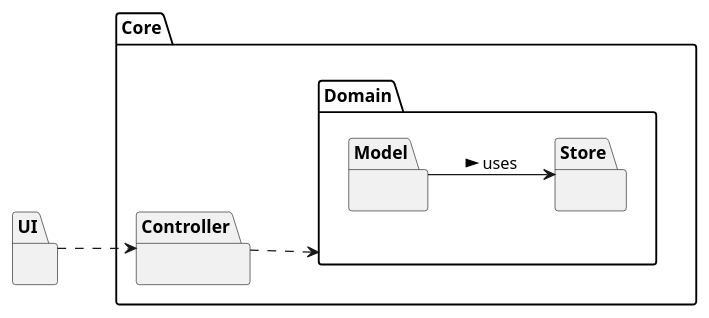
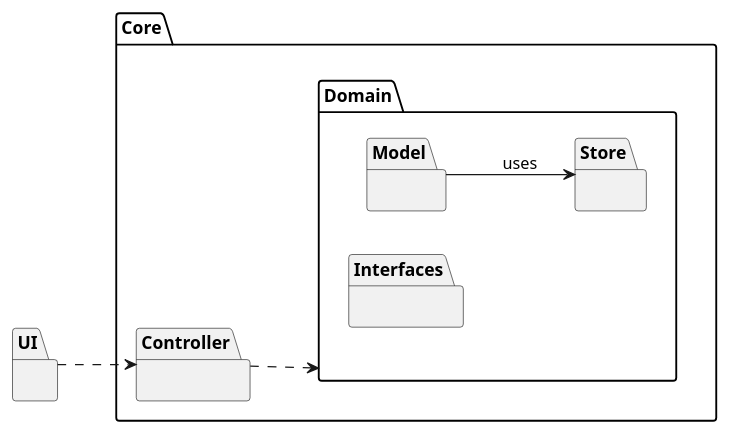
One commit to ana-albergaria/LAPR2-ISEP changed the diagram in docs/SprintD/US_16/US16_PD_WithAssociations.puml. Above: the diagram before and after it, drawn with PlantUML. The commit also changed 11 other files, not shown here.

Commit message:
Updated US16 Diagrams, Updated US16 Documentation and Continued US16 Code.

```diff
--- a/docs/SprintD/US_16/US16_PD_WithAssociations.puml
+++ b/docs/SprintD/US_16/US16_PD_WithAssociations.puml
@@ -1,25 +1,26 @@
 @startuml
 hide empty methods
 hide empty attributes
 left to right direction
 skinparam classAttributeIconSize 0
 
 package Core {
 
 package Domain {
 package Model {}
 package Store {}
+package Interfaces{}
 }
 
 package Controller {}
 
 }
 
 
 package UI {}
 
 UI ..> Controller
 Controller ..> Domain
-Model --> Store : uses >
+Model --> Store : uses
 
 @enduml
```
